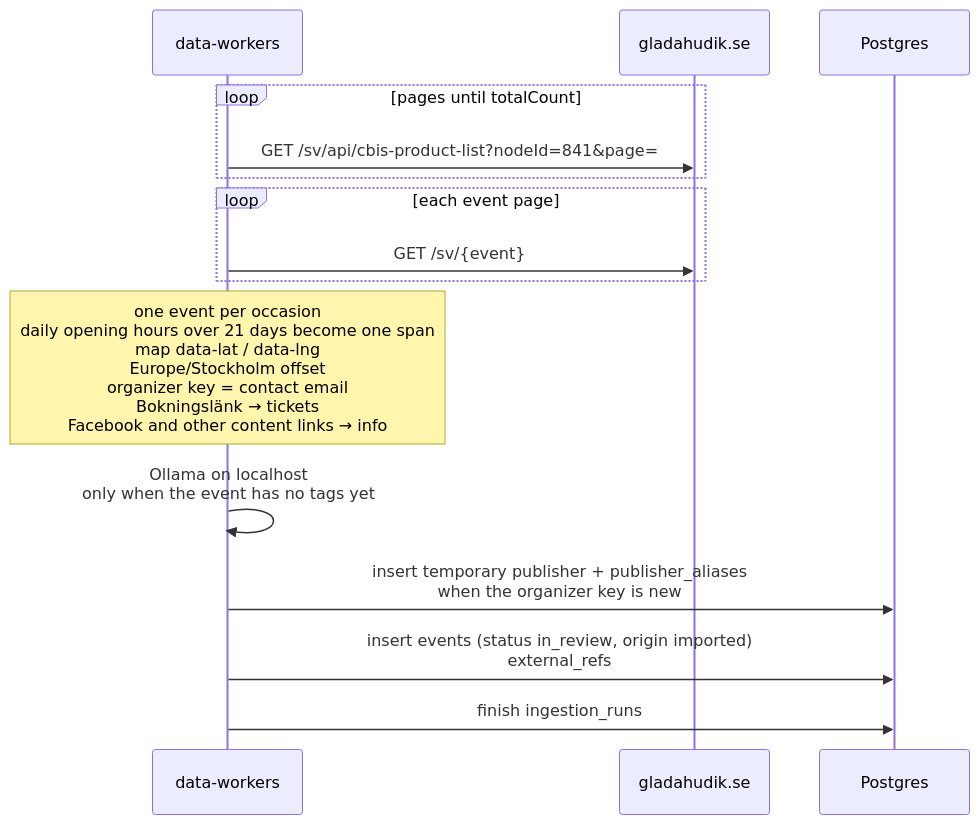
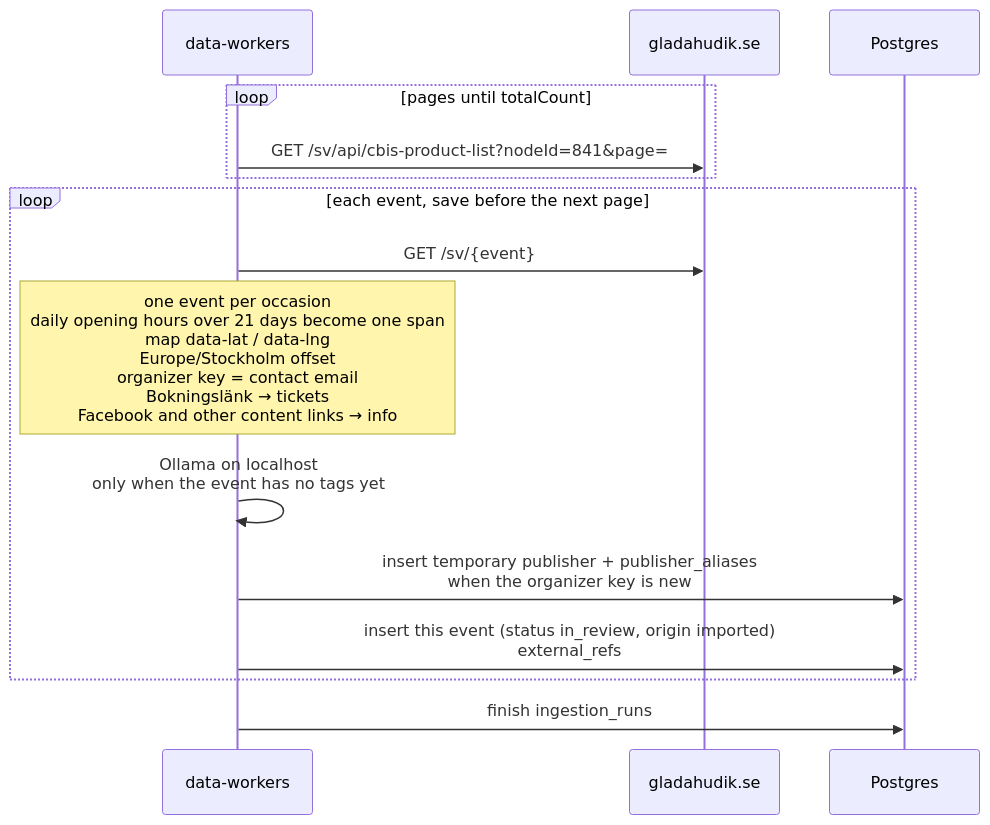
Before and after one commit to BradleySmallbottoms/evently: the diagram in docs/flows/glada-hudik.md, drawn with Mermaid. The commit also changed other lines of this file and 40 other files, not shown here.

````diff
--- a/docs/flows/glada-hudik.md
+++ b/docs/flows/glada-hudik.md
@@ -22,18 +23,18 @@
 ```mermaid
 sequenceDiagram
   participant Runner as data-workers
   participant Site as gladahudik.se
   participant DB as Postgres
 
   loop pages until totalCount
     Runner->>Site: GET /sv/api/cbis-product-list?nodeId=841&page=
   end
-  loop each event page
+  loop each event, save before the next page
     Runner->>Site: GET /sv/{event}
+    Note over Runner: one event per occasion<br/>daily opening hours over 21 days become one span<br/>map data-lat / data-lng<br/>Europe/Stockholm offset<br/>organizer key = contact email<br/>Bokningslänk → tickets<br/>Facebook and other content links → info
+    Runner->>Runner: Ollama on localhost<br/>only when the event has no tags yet
+    Runner->>DB: insert temporary publisher + publisher_aliases<br/>when the organizer key is new
+    Runner->>DB: insert this event (status in_review, origin imported)<br/>external_refs
   end
-  Note over Runner: one event per occasion<br/>daily opening hours over 21 days become one span<br/>map data-lat / data-lng<br/>Europe/Stockholm offset<br/>organizer key = contact email<br/>Bokningslänk → tickets<br/>Facebook and other content links → info
-  Runner->>Runner: Ollama on localhost<br/>only when the event has no tags yet
-  Runner->>DB: insert temporary publisher + publisher_aliases<br/>when the organizer key is new
-  Runner->>DB: insert events (status in_review, origin imported)<br/>external_refs
   Runner->>DB: finish ingestion_runs
 ```
````
